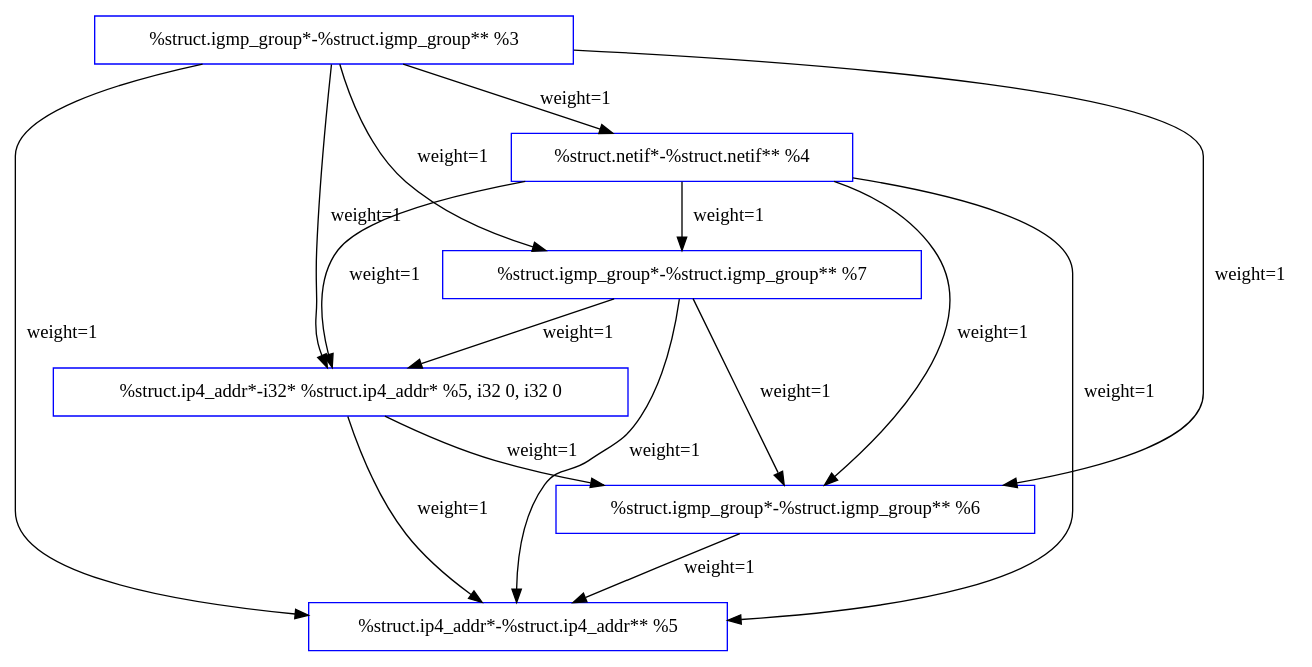
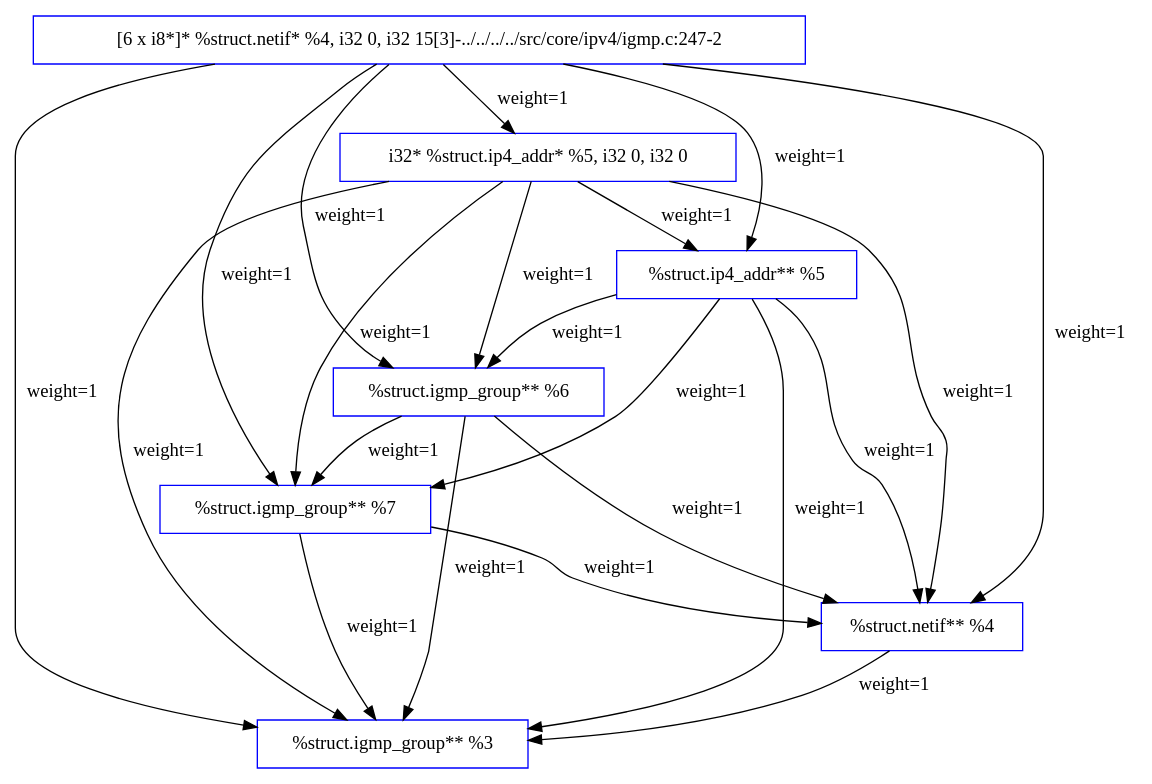
Before and after one commit to albaq77/GenerateDFG: the diagram in input/lwip/igmp_lookup_group_variable_access_graph.dot, drawn with Graphviz. The commit also changed 187 other files, not shown here.

```diff
--- a/input/lwip/igmp_lookup_group_variable_access_graph.dot
+++ b/input/lwip/igmp_lookup_group_variable_access_graph.dot
@@ -1,23 +1,30 @@
 strict digraph igmp_lookup_group {
-  1 [label="%struct.igmp_group*-%struct.igmp_group** %3", size=24, color=blue, shape=record];
-  2 [label="%struct.igmp_group*-%struct.igmp_group** %6", size=24, color=blue, shape=record];
-  3 [label="%struct.igmp_group*-%struct.igmp_group** %7", size=24, color=blue, shape=record];
-  4 [label="%struct.ip4_addr*-%struct.ip4_addr** %5", size=4, color=blue, shape=record];
-  5 [label="%struct.ip4_addr*-i32* %struct.ip4_addr* %5, i32 0, i32 0", size=4, color=blue, shape=record];
-  6 [label="%struct.netif*-%struct.netif** %4", size=408, color=blue, shape=record];
+  1 [label="%struct.igmp_group** %3", size=24, color=blue, shape=record];
+  2 [label="%struct.igmp_group** %6", size=24, color=blue, shape=record];
+  3 [label="%struct.igmp_group** %7", size=24, color=blue, shape=record];
+  4 [label="%struct.ip4_addr** %5", size=4, color=blue, shape=record];
+  5 [label="%struct.netif** %4", size=408, color=blue, shape=record];
+  6 [label="[6 x i8*]* %struct.netif* %4, i32 0, i32 15[3]-../../../../src/core/ipv4/igmp.c:247-2", size=-1, color=blue, shape=record];
+  7 [label="i32* %struct.ip4_addr* %5, i32 0, i32 0", size=4, color=blue, shape=record];
+  4 -> 5 [label="weight=1", weight="1"];
+  6 -> 5 [label="weight=1", weight="1"];
   6 -> 4 [label="weight=1", weight="1"];
+  3 -> 5 [label="weight=1", weight="1"];
+  4 -> 3 [label="weight=1", weight="1"];
   6 -> 3 [label="weight=1", weight="1"];
-  3 -> 4 [label="weight=1", weight="1"];
+  2 -> 5 [label="weight=1", weight="1"];
+  4 -> 2 [label="weight=1", weight="1"];
   6 -> 2 [label="weight=1", weight="1"];
-  2 -> 4 [label="weight=1", weight="1"];
-  3 -> 2 [label="weight=1", weight="1"];
-  1 -> 6 [label="weight=1", weight="1"];
-  1 -> 4 [label="weight=1", weight="1"];
-  1 -> 3 [label="weight=1", weight="1"];
-  1 -> 2 [label="weight=1", weight="1"];
-  6 -> 5 [label="weight=1", weight="1"];
-  5 -> 4 [label="weight=1", weight="1"];
-  3 -> 5 [label="weight=1", weight="1"];
-  5 -> 2 [label="weight=1", weight="1"];
-  1 -> 5 [label="weight=1", weight="1"];
+  2 -> 3 [label="weight=1", weight="1"];
+  5 -> 1 [label="weight=1", weight="1"];
+  4 -> 1 [label="weight=1", weight="1"];
+  6 -> 1 [label="weight=1", weight="1"];
+  3 -> 1 [label="weight=1", weight="1"];
+  2 -> 1 [label="weight=1", weight="1"];
+  7 -> 5 [label="weight=1", weight="1"];
+  7 -> 4 [label="weight=1", weight="1"];
+  6 -> 7 [label="weight=1", weight="1"];
+  7 -> 3 [label="weight=1", weight="1"];
+  7 -> 2 [label="weight=1", weight="1"];
+  7 -> 1 [label="weight=1", weight="1"];
 }
```
